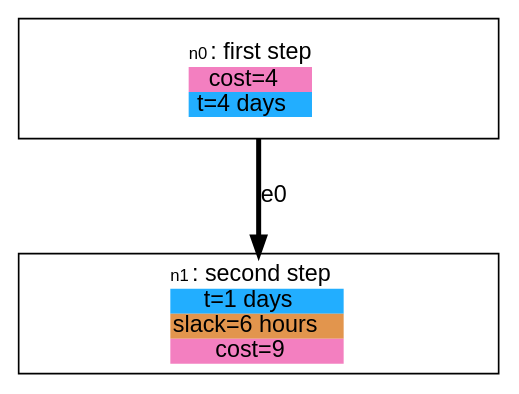
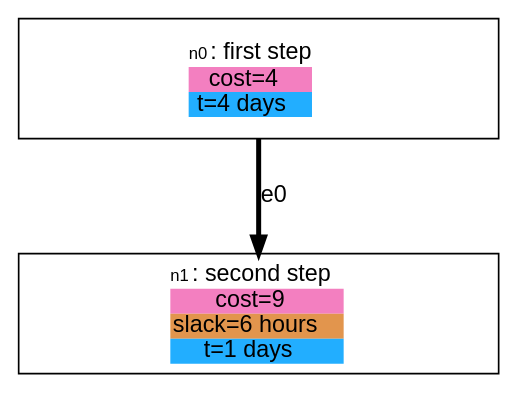
One commit to stevecooperorg/microdot changed the diagram in examples/variables.dot. Above: the diagram before and after it, drawn with Graphviz. The commit also changed other lines of this file and 7 other files, not shown here.

```diff
--- a/examples/variables.dot
+++ b/examples/variables.dot
@@ -1,48 +1,48 @@
 digraph {
 
     graph [fontname = "helvetica" rankdir="TB" ranksep=0.75 nodesep=0.5];
     node [fontname = "helvetica" shape = "box" width=2.5 style=filled];
     edge [fontname = "helvetica" penwidth=3 color="#000000"];
 
     n0 [width=4 height=1 label=< <TABLE BORDER="0" CELLPADDING="0" CELLSPACING="0">
     <TR>
         <TD COLSPAN="2"><FONT POINT-SIZE="10">n0</FONT>: first step</TD>
     </TR>
     
         
            <TR>
 <TD BGCOLOR="#F37FC0"><FONT COLOR="#000000">cost=4</FONT></TD>
 </TR>
         
            <TR>
 <TD BGCOLOR="#22AEFF"><FONT COLOR="#000000">t=4 days</FONT></TD>
 </TR>
         
     
    </TABLE>
 > fillcolor="#FFFFFF"]
     n1 [width=4 height=1 label=< <TABLE BORDER="0" CELLPADDING="0" CELLSPACING="0">
     <TR>
         <TD COLSPAN="3"><FONT POINT-SIZE="10">n1</FONT>: second step</TD>
     </TR>
     
         
            <TR>
-<TD BGCOLOR="#22AEFF"><FONT COLOR="#000000">t=1 days</FONT></TD>
+<TD BGCOLOR="#F37FC0"><FONT COLOR="#000000">cost=9</FONT></TD>
 </TR>
         
            <TR>
 <TD BGCOLOR="#E2954D"><FONT COLOR="#000000">slack=6 hours</FONT></TD>
 </TR>
         
            <TR>
-<TD BGCOLOR="#F37FC0"><FONT COLOR="#000000">cost=9</FONT></TD>
+<TD BGCOLOR="#22AEFF"><FONT COLOR="#000000">t=1 days</FONT></TD>
 </TR>
         
     
    </TABLE>
 > fillcolor="#FFFFFF"]
 
     "n0" -> "n1" [label="e0"];
 
 }
```
